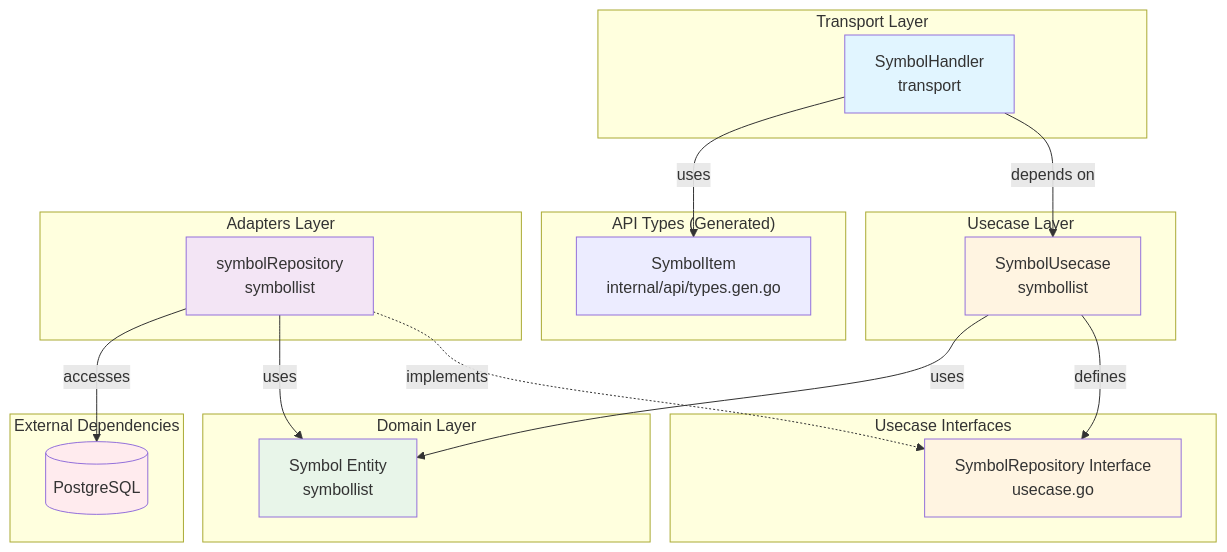
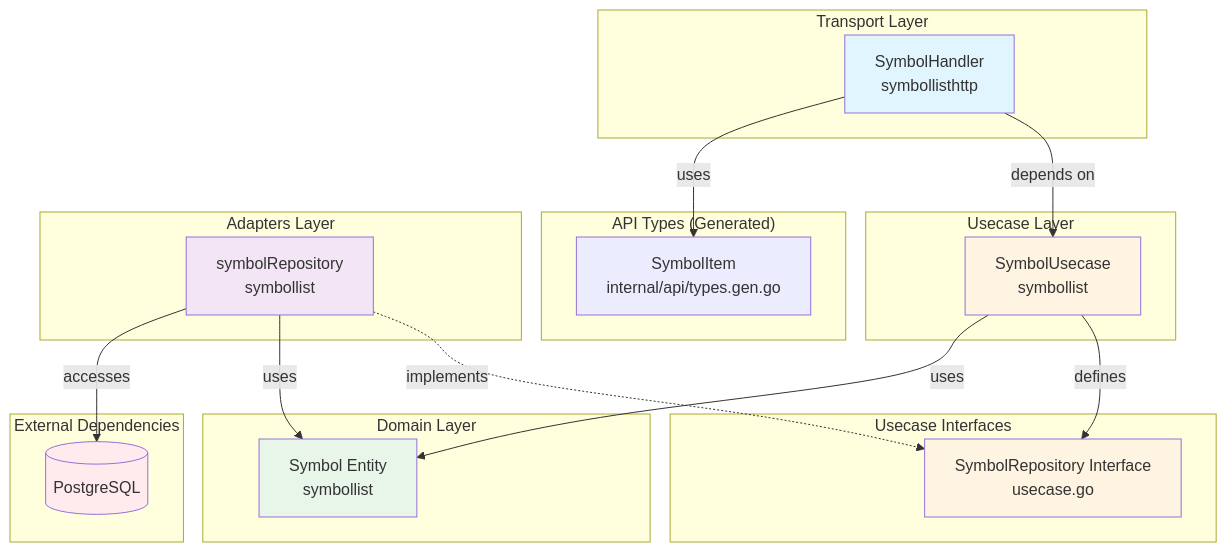
One commit to UCHIDAnobuhiro/stock_backend changed the second of 2 diagrams in internal/feature/symbollist/README.md. Above: the diagram before and after it, drawn with Mermaid. The commit also changed other lines of this file and 9 other files, not shown here.

````diff
--- a/internal/feature/symbollist/README.md
+++ b/internal/feature/symbollist/README.md
@@ -87,45 +87,45 @@
 ```mermaid
 graph TB
     subgraph "Transport Layer"
-        Handler[SymbolHandler<br/>transport]
+        Handler[SymbolHandler<br/>symbollisthttp]
     end
 
     subgraph "API Types (Generated)"
         APITypes[SymbolItem<br/>internal/api/types.gen.go]
     end
 
     subgraph "Usecase Layer"
         Usecase[SymbolUsecase<br/>symbollist]
     end
 
     subgraph "Domain Layer"
         Entity[Symbol Entity<br/>symbollist]
     end
 
     subgraph "Usecase Interfaces"
         RepoInterface[SymbolRepository Interface<br/>usecase.go]
     end
 
     subgraph "Adapters Layer"
         RepoImpl[symbolRepository<br/>symbollist]
     end
 
     subgraph "External Dependencies"
         DB[(PostgreSQL)]
     end
 
     Handler -->|depends on| Usecase
     Handler -->|uses| APITypes
     Usecase -->|defines| RepoInterface
     Usecase -->|uses| Entity
     RepoImpl -.->|implements| RepoInterface
     RepoImpl -->|uses| Entity
     RepoImpl -->|accesses| DB
 
     style Handler fill:#e1f5ff
     style Usecase fill:#fff4e1
     style Entity fill:#e8f5e9
     style RepoInterface fill:#fff4e1
     style RepoImpl fill:#f3e5f5
     style DB fill:#ffebee
 ```
````
